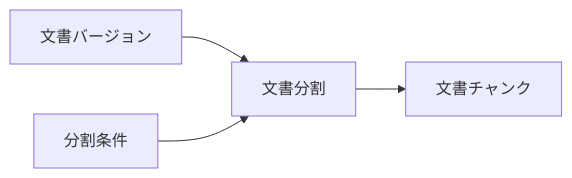
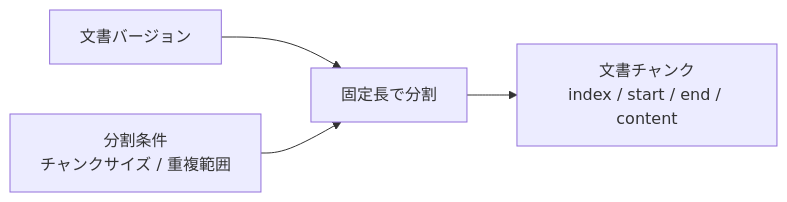
One commit to takashit16833/RAGScope changed the diagram in project-docs/design/domains/documents/文書分割設計.md. Above: the diagram before and after it, drawn with Mermaid. The commit also changed other lines of this file and 9 other files, not shown here.

````diff
--- a/project-docs/design/domains/documents/文書分割設計.md
+++ b/project-docs/design/domains/documents/文書分割設計.md
@@ -10,11 +24,11 @@
 ```mermaid
 flowchart LR
     Version["文書バージョン"]
-    Condition["分割条件"]
-    Split["文書分割"]
-    Chunk["文書チャンク"]
+    Condition["分割条件<br>チャンクサイズ / 重複範囲"]
+    Split["固定長で分割"]
+    Chunk["文書チャンク<br>index / start / end / content"]
 
     Version --> Split
     Condition --> Split
     Split --> Chunk
 ```
````
